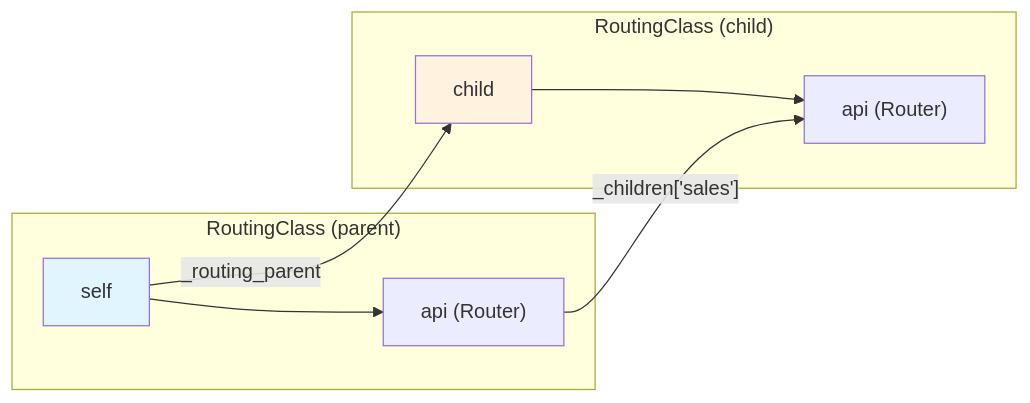
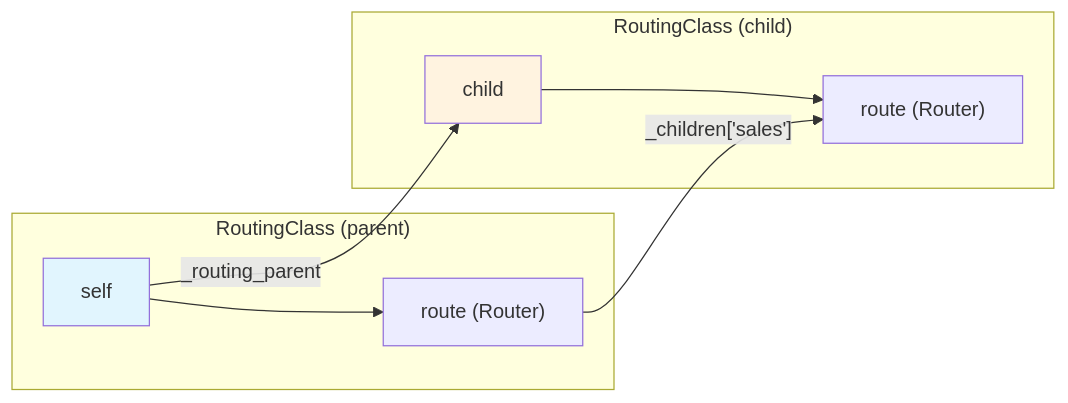
One commit to genropy/genro-routes changed the first of 6 diagrams in docs/guide/attach-instance-visual-guide.md. Above: the diagram before and after it, drawn with Mermaid. The commit also changed other lines of this file and 16 other files, not shown here.

First line of the commit message:
docs: migrate documentation to single-router API. Refs #32

````diff
--- a/docs/guide/attach-instance-visual-guide.md
+++ b/docs/guide/attach-instance-visual-guide.md
@@ -12,17 +13,17 @@
 ```mermaid
 graph LR
     subgraph "RoutingClass (parent)"
         P["self"]
-        PR["api (Router)"]
+        PR["route (Router)"]
         P --> PR
     end
     subgraph "RoutingClass (child)"
         C["child"]
-        CR["api (Router)"]
+        CR["route (Router)"]
         C --> CR
     end
     P -- "_routing_parent" --> C
     PR -- "_children['sales']" --> CR
     style P fill:#e1f5fe
     style C fill:#fff3e0
 ```
````
